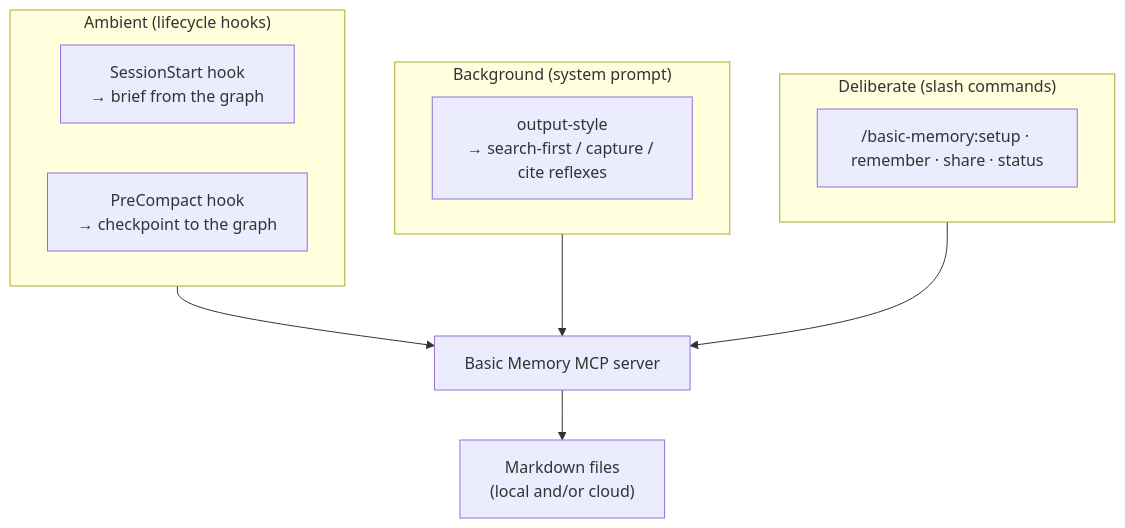
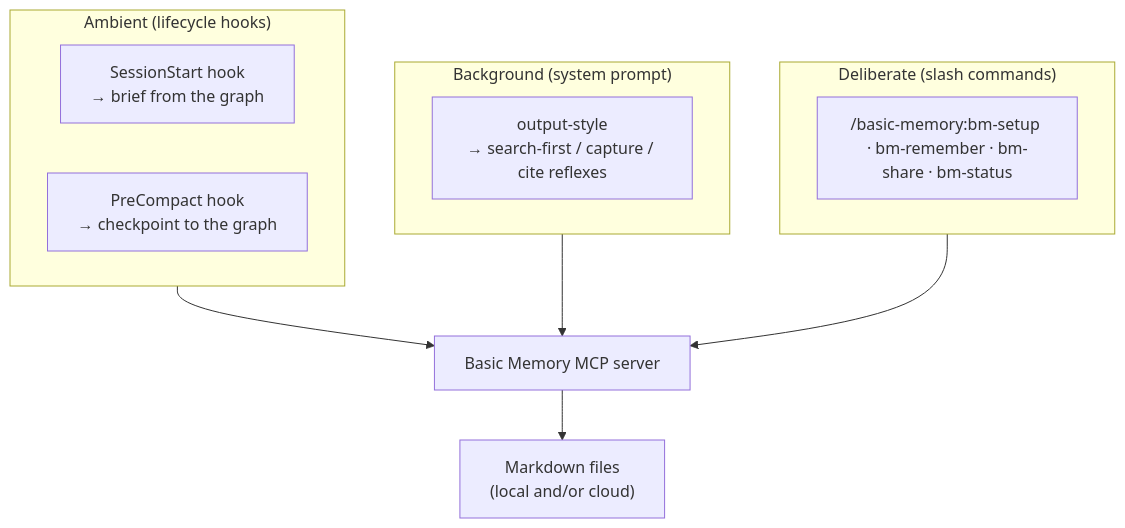
The second of 6 diagrams in plugins/claude-code/docs/architecture.md (pchaganti/gx-basic-memory), drawn with Mermaid before and after one commit. The commit also changed other lines of this file and 15 other files, not shown here.

````diff
--- a/plugins/claude-code/docs/architecture.md
+++ b/plugins/claude-code/docs/architecture.md
@@ -31,18 +31,18 @@
 ```mermaid
 flowchart TB
     subgraph Ambient["Ambient (lifecycle hooks)"]
         SS["SessionStart hook<br/>→ brief from the graph"]
         PC["PreCompact hook<br/>→ checkpoint to the graph"]
     end
     subgraph Background["Background (system prompt)"]
         OS["output-style<br/>→ search-first / capture / cite reflexes"]
     end
     subgraph Deliberate["Deliberate (slash commands)"]
-        SK["/basic-memory:setup · remember · share · status"]
+        SK["/basic-memory:bm-setup · bm-remember · bm-share · bm-status"]
     end
 
     Ambient --> MCP["Basic Memory MCP server"]
     Background --> MCP
     Deliberate --> MCP
     MCP --> Files["Markdown files<br/>(local and/or cloud)"]
 ```
````
